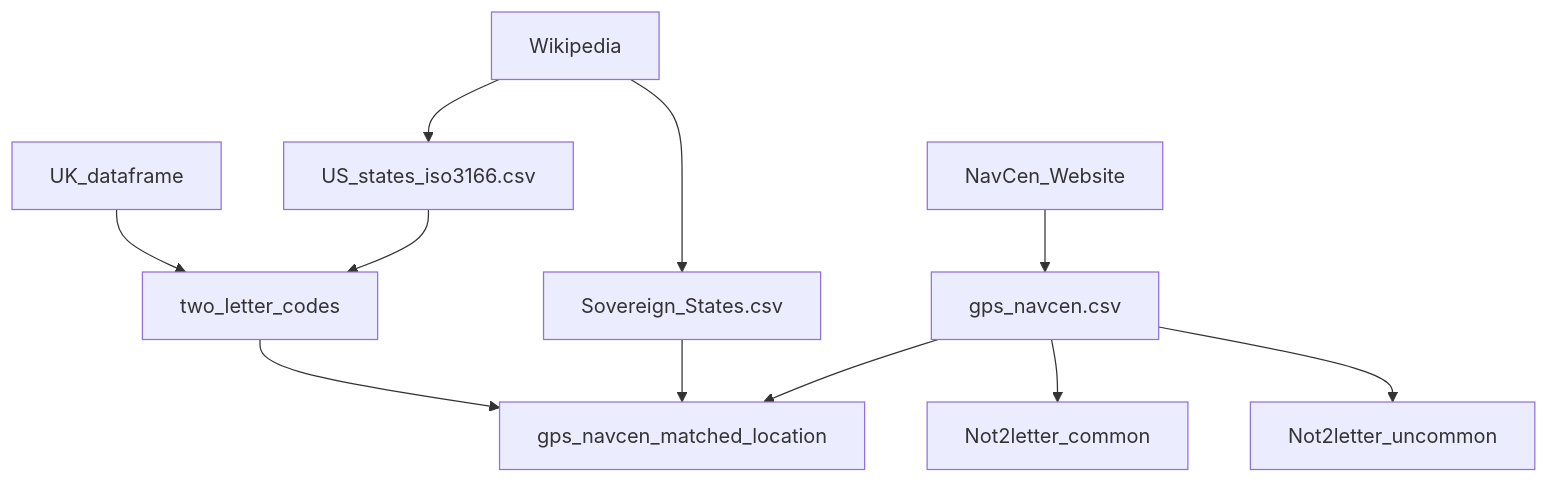
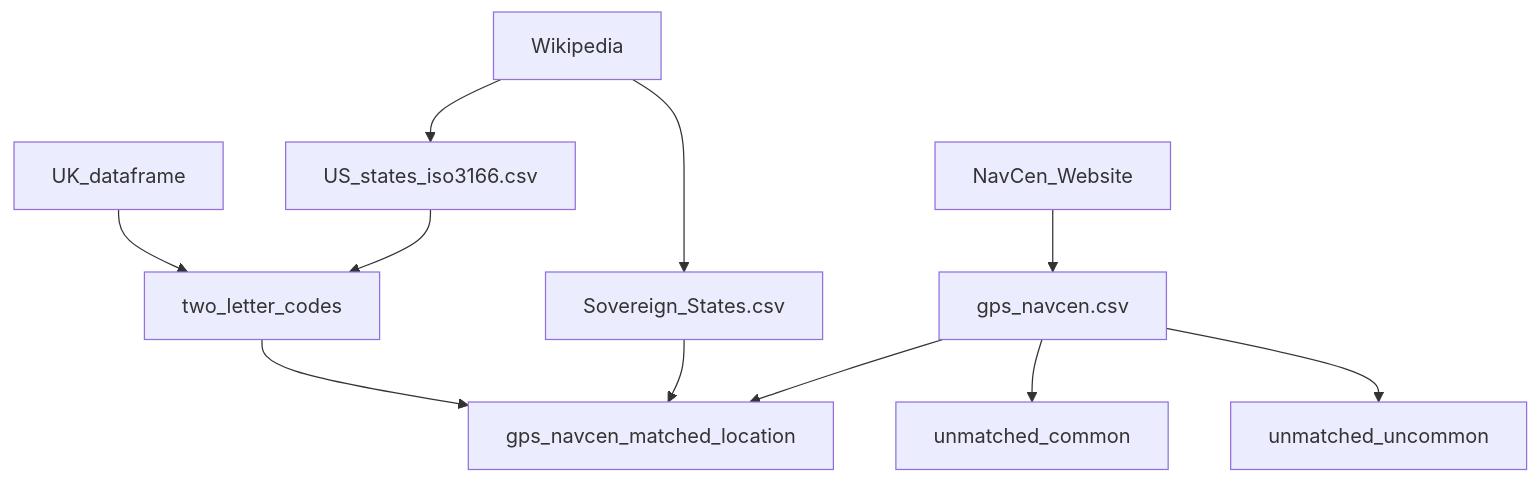
Before and after one commit to stelios-c/GPS_analysis: the diagram in README.md, drawn with Mermaid.

````diff
--- a/README.md
+++ b/README.md
@@ -13,13 +13,13 @@
 ```mermaid
 graph TD;
     NavCen_Website-->gps_navcen.csv;
     Wikipedia--> US_states_iso3166.csv;
     Wikipedia--> Sovereign_States.csv;
     UK_dataframe--> two_letter_codes;
     US_states_iso3166.csv--> two_letter_codes;
     two_letter_codes-->gps_navcen_matched_location;
     Sovereign_States.csv-->gps_navcen_matched_location;
     gps_navcen.csv-->gps_navcen_matched_location;
-    gps_navcen.csv-->Not2letter_common;
-    gps_navcen.csv-->Not2letter_uncommon;
+    gps_navcen.csv-->unmatched_common;
+    gps_navcen.csv-->unmatched_uncommon;
  ```
````
